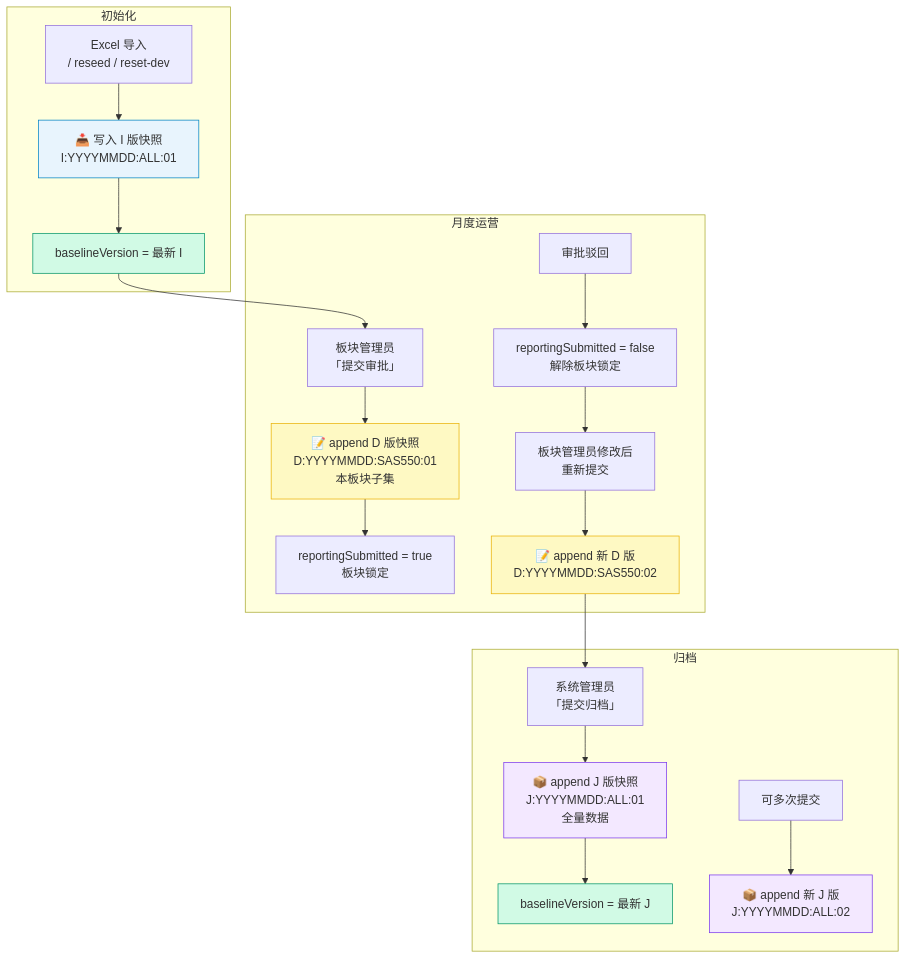
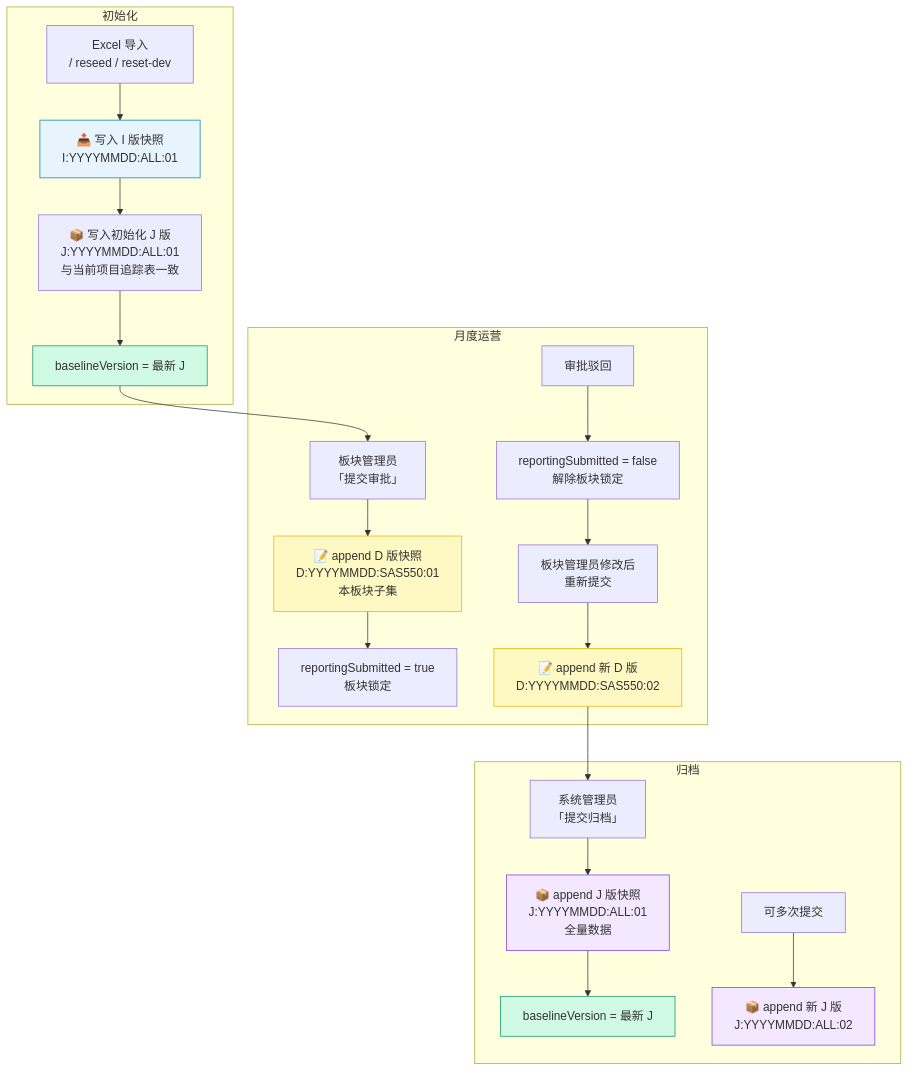
One commit to marcelxu0272/202605_project-tracking-table changed diagram 12 of 15 in docs/需求文档/需求文档_开发版.md. Above: the diagram before and after it, drawn with Mermaid. The commit also changed other lines of this file and 17 other files, not shown here.

````diff
--- a/docs/需求文档/需求文档_开发版.md
+++ b/docs/需求文档/需求文档_开发版.md
@@ -1256,32 +1260,33 @@
 ```mermaid
 flowchart TD
     subgraph 初始化
         IMPORT["Excel 导入<br/>/ reseed / reset-dev"] --> I_SNAP["📥 写入 I 版快照<br/>I:YYYYMMDD:ALL:01"]
-        I_SNAP --> BASELINE1["baselineVersion = 最新 I"]
+        I_SNAP --> INIT_J["📦 写入初始化 J 版<br/>J:YYYYMMDD:ALL:01<br/>与当前项目追踪表一致"]
+        INIT_J --> BASELINE1["baselineVersion = 最新 J"]
     end
 
     subgraph 月度运营
         SA_SUBMIT["板块管理员<br/>「提交审批」"] --> D_SNAP["📝 append D 版快照<br/>D:YYYYMMDD:SAS550:01<br/>本板块子集"]
         D_SNAP --> LOCKED["reportingSubmitted = true<br/>板块锁定"]
         
         REJECT["审批驳回"] --> UNLOCK["reportingSubmitted = false<br/>解除板块锁定"]
         UNLOCK --> SA_SUBMIT2["板块管理员修改后<br/>重新提交"] --> D_SNAP2["📝 append 新 D 版<br/>D:YYYYMMDD:SAS550:02"]
     end
 
     subgraph 归档
         ADM_SUBMIT["系统管理员<br/>「提交归档」"] --> J_SNAP["📦 append J 版快照<br/>J:YYYYMMDD:ALL:01<br/>全量数据"]
         J_SNAP --> BASELINE2["baselineVersion = 最新 J"]
         ADM_SUBMIT2["可多次提交"] --> J_SNAP2["📦 append 新 J 版<br/>J:YYYYMMDD:ALL:02"]
     end
 
     BASELINE1 --> SA_SUBMIT
     D_SNAP2 --> ADM_SUBMIT
 
     style I_SNAP fill:#e8f4fd,stroke:#0284c7
     style D_SNAP fill:#fef9c3,stroke:#eab308
     style D_SNAP2 fill:#fef9c3,stroke:#eab308
     style J_SNAP fill:#f3e8ff,stroke:#7c3aed
     style J_SNAP2 fill:#f3e8ff,stroke:#7c3aed
     style BASELINE1 fill:#d1fae5,stroke:#059669
     style BASELINE2 fill:#d1fae5,stroke:#059669
 ```
````
